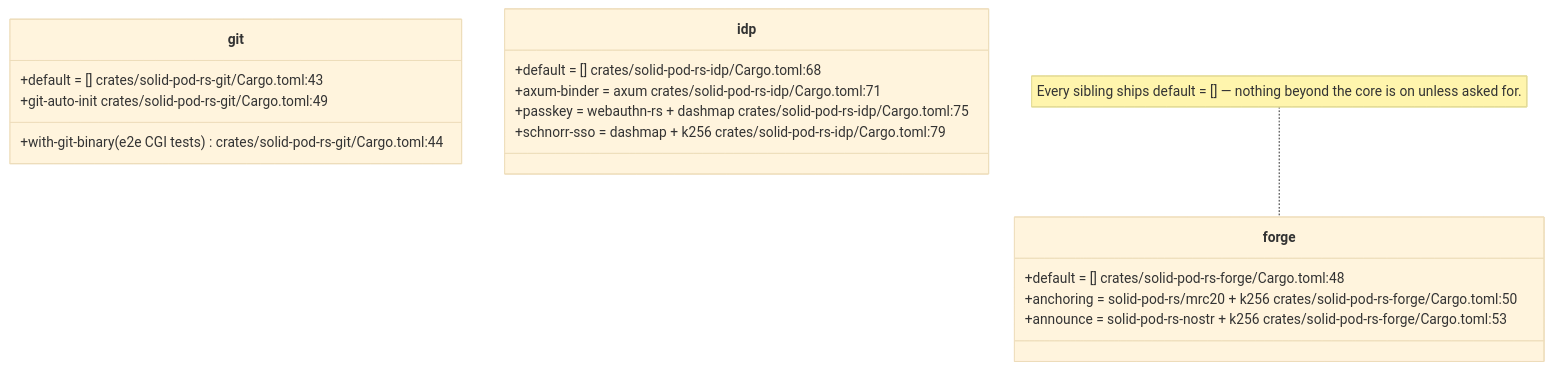
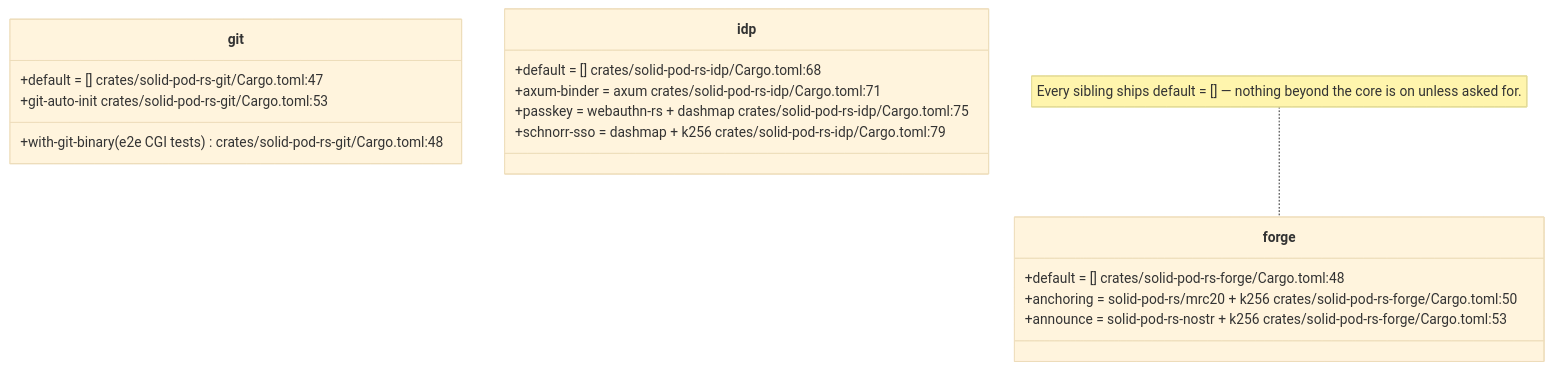
The eighth of 12 diagrams in docs/diagrams/solid-pod-rs/01-workspace-composition.md (DreamLab-AI/VisionFlow), drawn with Mermaid (base theme) before and after one commit. The commit also changed other lines of this file and 94 other files, not shown here.

First line of the commit message:
docs(diagrams): re-verify 130 topics against 2 October HEADs

````diff
--- a/docs/diagrams/solid-pod-rs/01-workspace-composition.md
+++ b/docs/diagrams/solid-pod-rs/01-workspace-composition.md
@@ -228,20 +231,20 @@
 ```mermaid
 classDiagram
     class forge {
         +default = []  crates/solid-pod-rs-forge/Cargo.toml:48
         +anchoring = solid-pod-rs/mrc20 + k256  crates/solid-pod-rs-forge/Cargo.toml:50
         +announce = solid-pod-rs-nostr + k256  crates/solid-pod-rs-forge/Cargo.toml:53
     }
     class git {
-        +default = []  crates/solid-pod-rs-git/Cargo.toml:43
-        +with-git-binary (e2e CGI tests)  crates/solid-pod-rs-git/Cargo.toml:44
-        +git-auto-init  crates/solid-pod-rs-git/Cargo.toml:49
+        +default = []  crates/solid-pod-rs-git/Cargo.toml:47
+        +with-git-binary (e2e CGI tests)  crates/solid-pod-rs-git/Cargo.toml:48
+        +git-auto-init  crates/solid-pod-rs-git/Cargo.toml:53
     }
     class idp {
         +default = []  crates/solid-pod-rs-idp/Cargo.toml:68
         +axum-binder = axum  crates/solid-pod-rs-idp/Cargo.toml:71
         +passkey = webauthn-rs + dashmap  crates/solid-pod-rs-idp/Cargo.toml:75
         +schnorr-sso = dashmap + k256  crates/solid-pod-rs-idp/Cargo.toml:79
     }
     note for forge "Every sibling ships default = [] — nothing beyond the core is on unless asked for."
 ```
````
